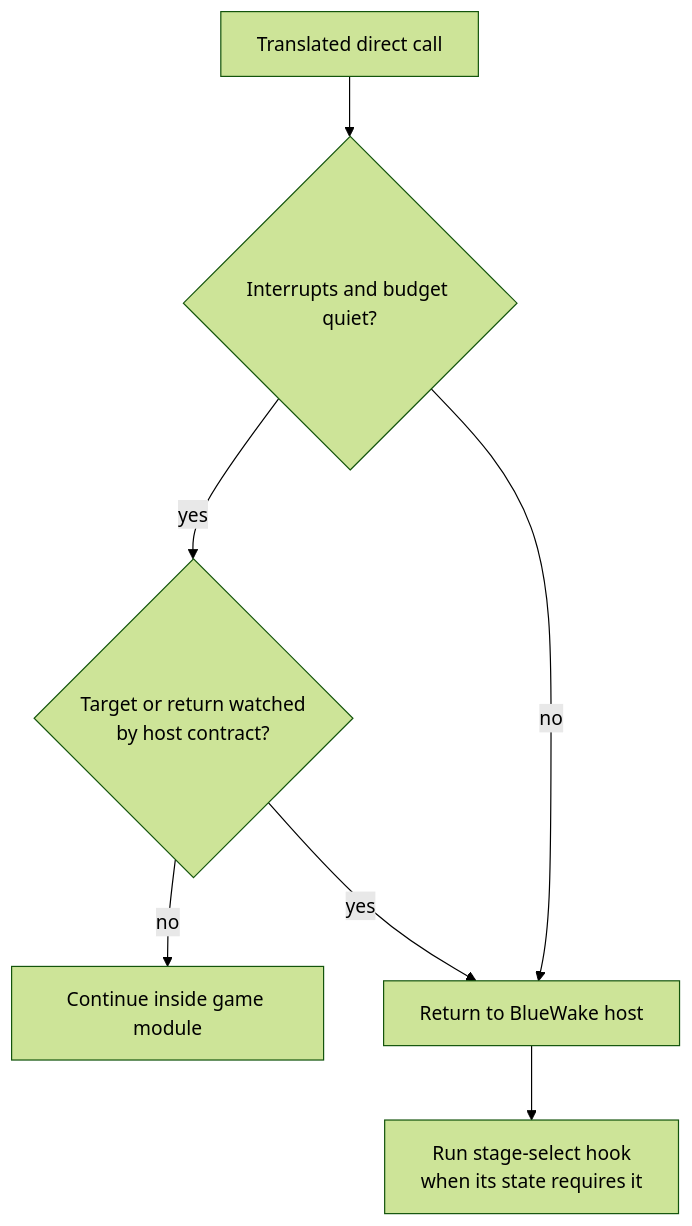
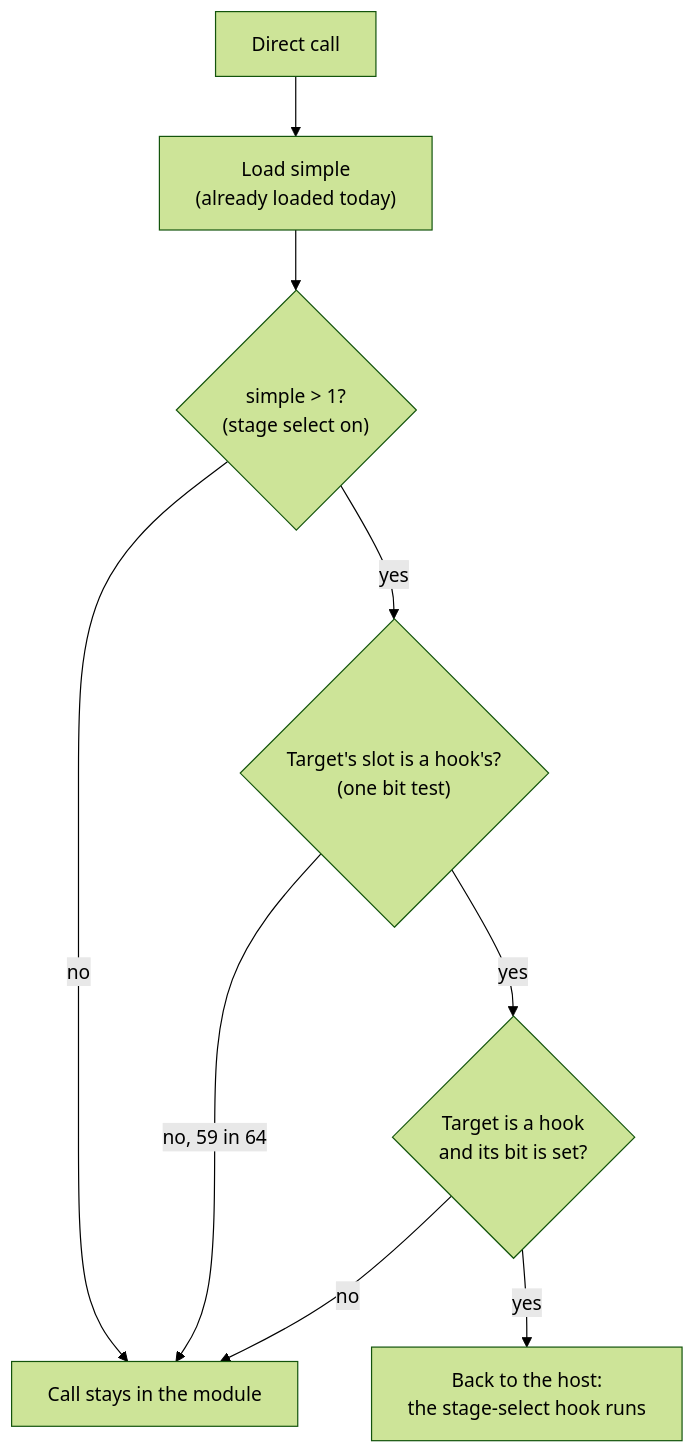
One commit to chrissotraidis/bluewake changed the second of 2 diagrams in docs/planning/2026-10-31-stage_select_direct_calls/TECH_PLAN.md. Above: the diagram before and after it, drawn with Mermaid (forest theme). The commit also changed other lines of this file and 2 other files, not shown here.

````diff
--- a/docs/planning/2026-10-31-stage_select_direct_calls/TECH_PLAN.md
+++ b/docs/planning/2026-10-31-stage_select_direct_calls/TECH_PLAN.md
@@ -18,15 +27,11 @@
 ```mermaid
 flowchart TD
-    Call["Translated direct call"]
-    Quiet{"Interrupts and budget quiet?"}
-    Watched{"Target or return watched<br/>by host contract?"}
-    Inline["Continue inside game module"]
-    Host["Return to BlueWake host"]
-    Stage["Run stage-select hook<br/>when its state requires it"]
-
-    Call --> Quiet
-    Quiet -->|"no"| Host
-    Quiet -->|"yes"| Watched
-    Watched -->|"no"| Inline
-    Watched -->|"yes"| Host --> Stage
+    A["Direct call"] --> B["Load simple<br/>(already loaded today)"]
+    B --> C{"simple > 1?<br/>(stage select on)"}
+    C -->|"no"| F["Call stays in the module"]
+    C -->|"yes"| D{"Target's slot is a hook's?<br/>(one bit test)"}
+    D -->|"no, 59 in 64"| F
+    D -->|"yes"| E{"Target is a hook<br/>and its bit is set?"}
+    E -->|"no"| F
+    E -->|"yes"| H["Back to the host:<br/>the stage-select hook runs"]
 ```
````
